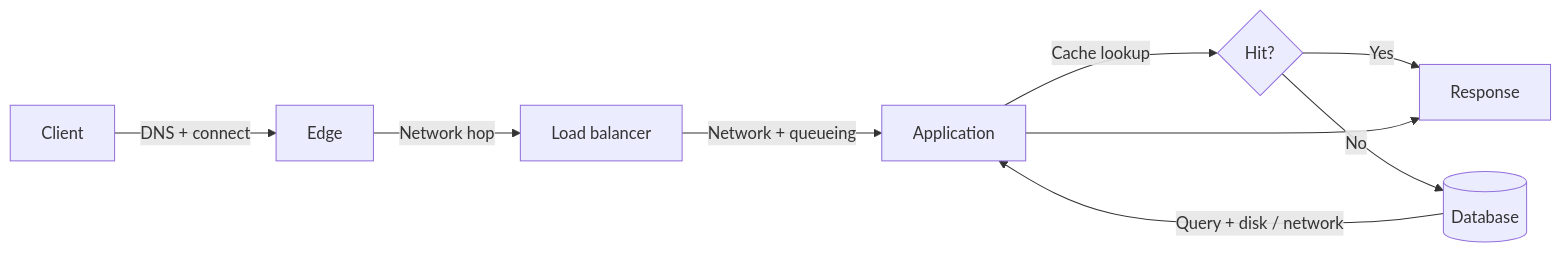
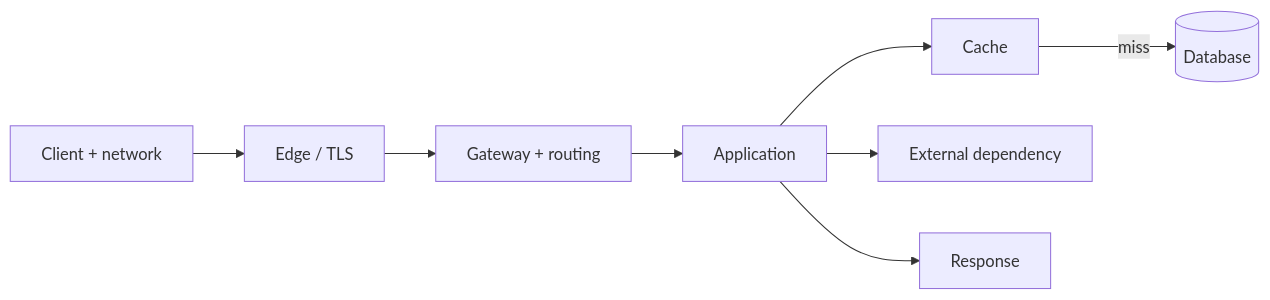
One commit to luckyhegde6/HLD_patterns changed the second of 3 diagrams in fundamentals/README.md. Above: the diagram before and after it, drawn with Mermaid. The commit also changed other lines of this file, not shown here.

````diff
--- a/fundamentals/README.md
+++ b/fundamentals/README.md
@@ -39,11 +44,10 @@
 ```mermaid
 flowchart LR
-  A[Client] -->|DNS + connect| B[Edge]
-  B -->|Network hop| C[Load balancer]
-  C -->|Network + queueing| D[Application]
-  D -->|Cache lookup| E{Hit?}
-  E -->|Yes| H[Response]
-  E -->|No| F[(Database)]
-  F -->|Query + disk / network| D
-  D --> H
+  A[Client + network] --> B[Edge / TLS]
+  B --> C[Gateway + routing]
+  C --> D[Application]
+  D --> E[Cache]
+  E -->|miss| F[(Database)]
+  D --> G[External dependency]
+  D --> H[Response]
 ```
````
